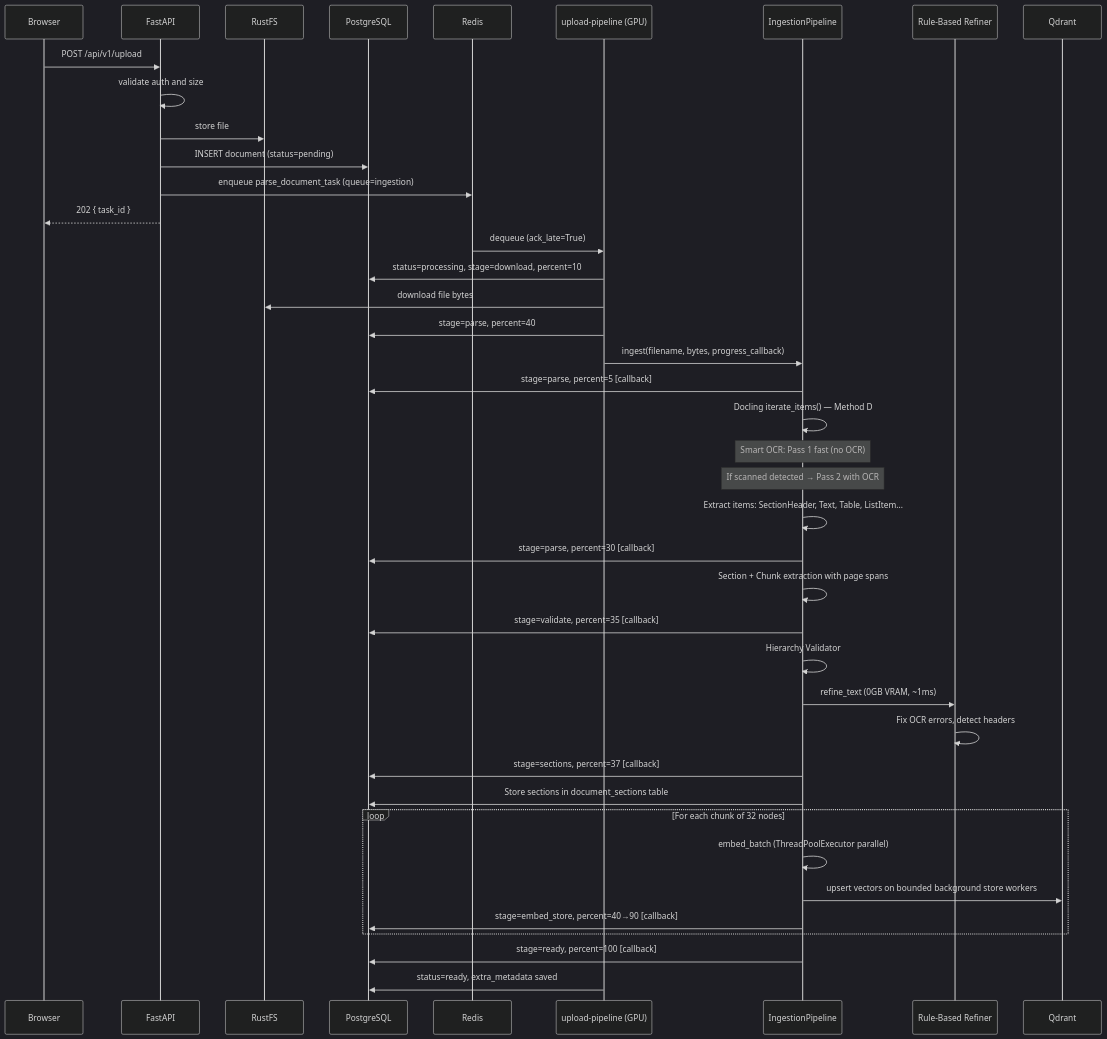
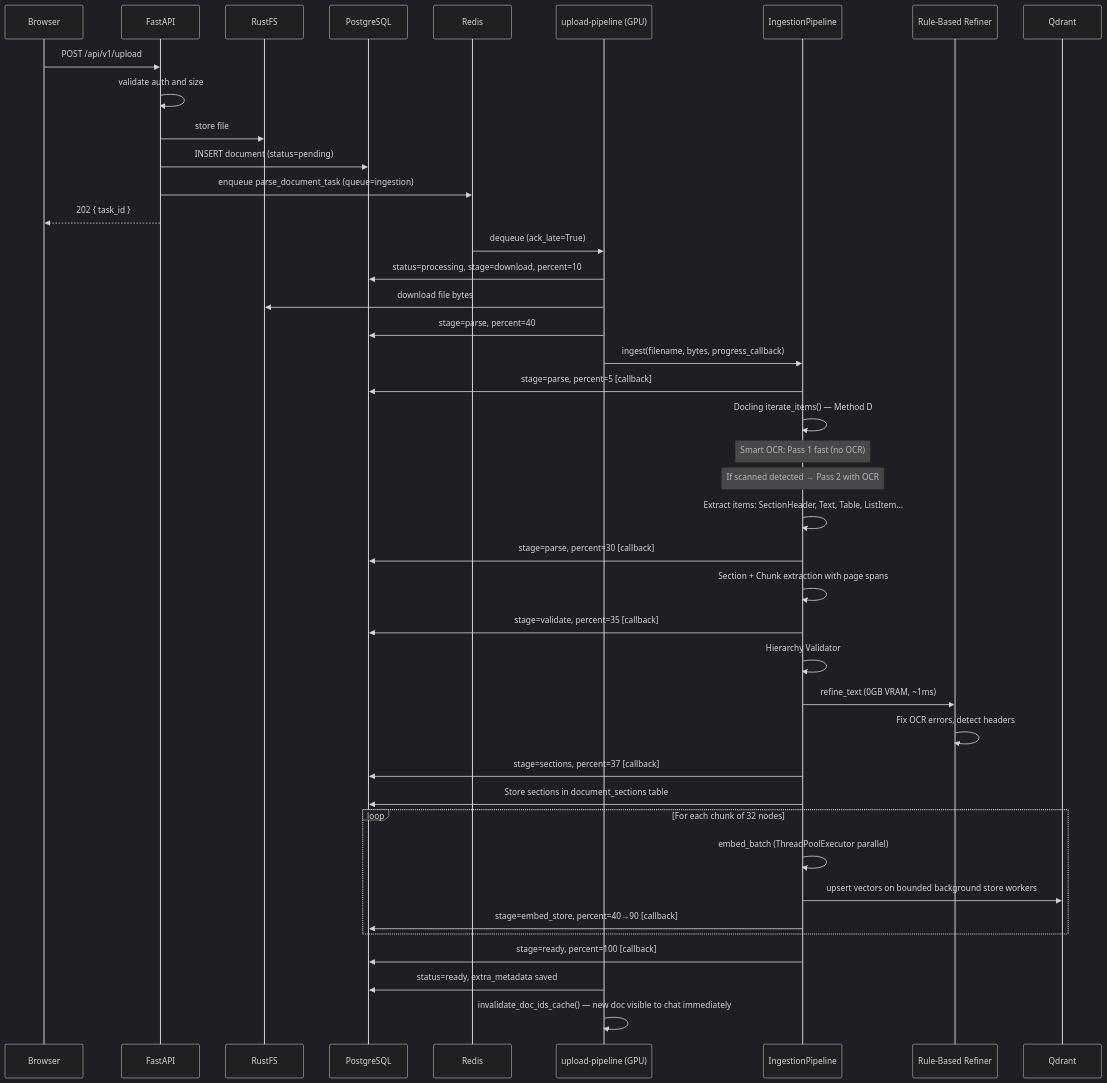
One commit to qtuanph/chatbot-rag changed the first of 4 diagrams in docs/03_CORE_WORKFLOWS.md. Above: the diagram before and after it, drawn with Mermaid (dark theme). The commit also changed other lines of this file and 30 other files, not shown here.

````diff
--- a/docs/03_CORE_WORKFLOWS.md
+++ b/docs/03_CORE_WORKFLOWS.md
@@ -7,49 +7,50 @@
 ```mermaid
 sequenceDiagram
     participant Browser
     participant API as FastAPI
     participant RustFS
     participant DB as PostgreSQL
     participant Redis
     participant Worker as upload-pipeline (GPU)
     participant Pipeline as IngestionPipeline
     participant Refiner as Rule-Based Refiner
     participant Qdrant
 
     Browser->>API: POST /api/v1/upload
     API->>API: validate auth and size
     API->>RustFS: store file
     API->>DB: INSERT document (status=pending)
     API->>Redis: enqueue parse_document_task (queue=ingestion)
     API-->>Browser: 202 { task_id }
 
     Redis->>Worker: dequeue (ack_late=True)
     Worker->>DB: status=processing, stage=download, percent=10
     Worker->>RustFS: download file bytes
 
     Worker->>DB: stage=parse, percent=40
     Worker->>Pipeline: ingest(filename, bytes, progress_callback)
 
     Pipeline->>DB: stage=parse, percent=5  [callback]
     Pipeline->>Pipeline: Docling iterate_items() — Method D
     Note over Pipeline: Smart OCR: Pass 1 fast (no OCR)
     Note over Pipeline: If scanned detected → Pass 2 with OCR
     Pipeline->>Pipeline: Extract items: SectionHeader, Text, Table, ListItem...
     Pipeline->>DB: stage=parse, percent=30 [callback]
     Pipeline->>Pipeline: Section + Chunk extraction with page spans
     Pipeline->>DB: stage=validate, percent=35 [callback]
     Pipeline->>Pipeline: Hierarchy Validator
     Pipeline->>Refiner: refine_text (0GB VRAM, ~1ms)
     Refiner->>Refiner: Fix OCR errors, detect headers
     Pipeline->>DB: stage=sections, percent=37 [callback]
     Pipeline->>DB: Store sections in document_sections table
 
     loop For each chunk of 32 nodes
         Pipeline->>Pipeline: embed_batch (ThreadPoolExecutor parallel)
         Pipeline->>Qdrant: upsert vectors on bounded background store workers
         Pipeline->>DB: stage=embed_store, percent=40→90 [callback]
     end
 
     Pipeline->>DB: stage=ready, percent=100 [callback]
     Worker->>DB: status=ready, extra_metadata saved
+    Worker->>Worker: invalidate_doc_ids_cache() — new doc visible to chat immediately
 ```
````
